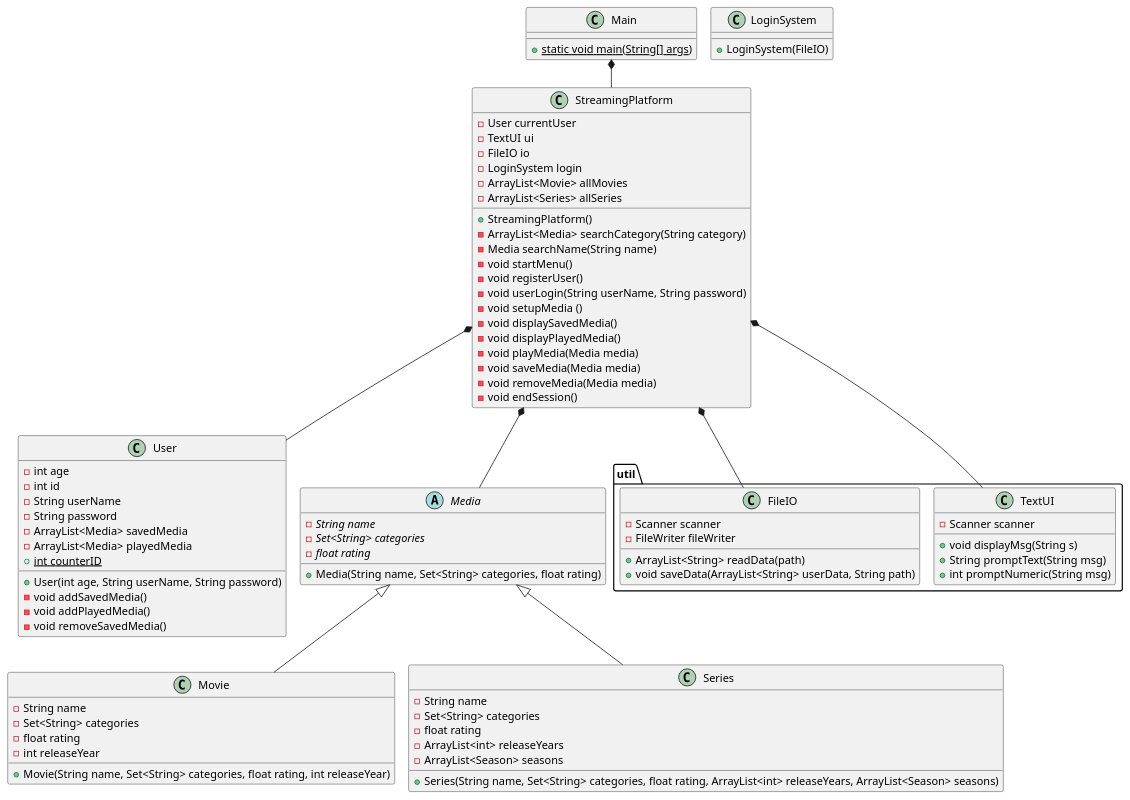
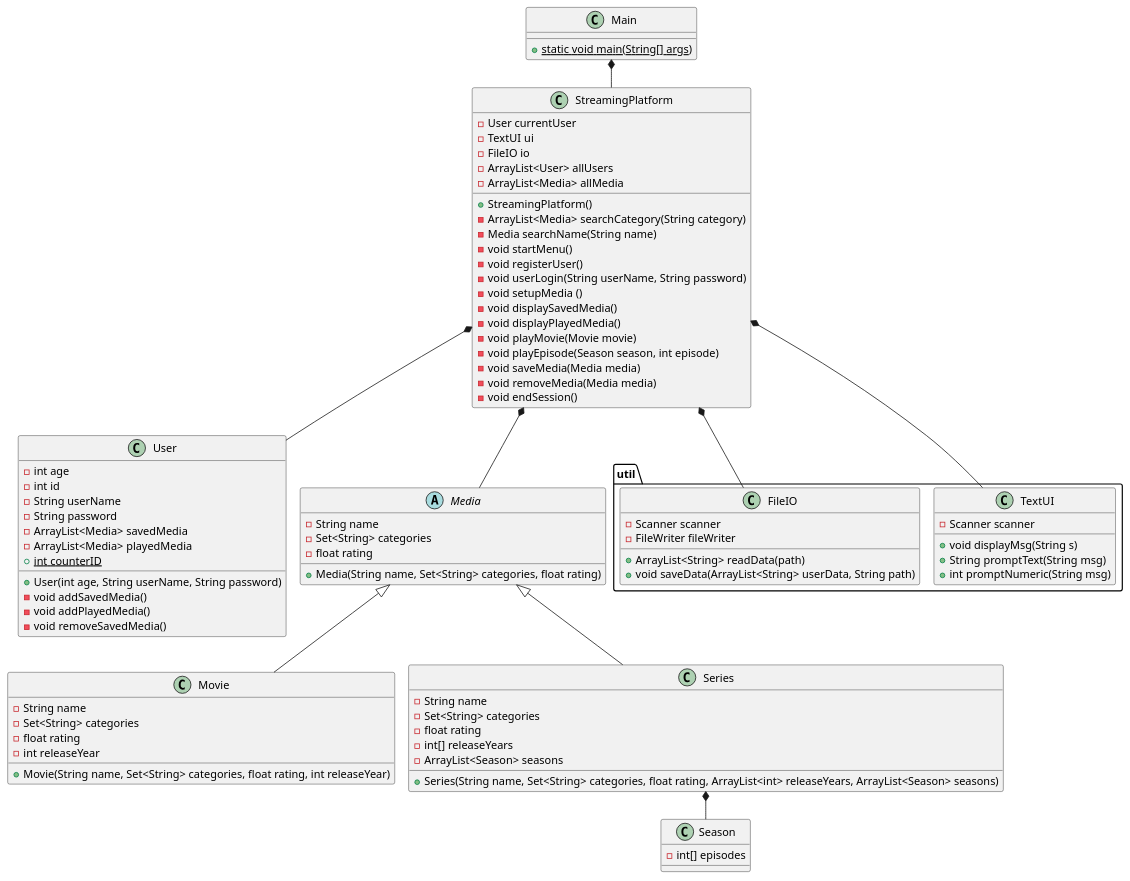
Before and after one commit to DavidK97/SP3: the diagram in doc/static/classdiagram.puml, drawn with PlantUML. The commit also changed 6 other files, not shown here.

```diff
--- a/doc/static/classdiagram.puml
+++ b/doc/static/classdiagram.puml
@@ -1,110 +1,107 @@
 @startuml
 'https://plantuml.com/sequence-diagram
 
 
 !pragma layout smetana
 
 class Main{
 + {static}static void main(String[] args)
 }
 
 class StreamingPlatform{
 'attributes
 - User currentUser
 - TextUI ui
 - FileIO io
-- LoginSystem login
-- ArrayList<Movie> allMovies
-- ArrayList<Series> allSeries
+- ArrayList<User> allUsers
+- ArrayList<Media> allMedia
 
 'methods
 + StreamingPlatform()
 - ArrayList<Media> searchCategory(String category)
 - Media searchName(String name)
 - void startMenu()
 - void registerUser()
 - void userLogin(String userName, String password)
 - void setupMedia ()
 - void displaySavedMedia()
 - void displayPlayedMedia()
-- void playMedia(Media media)
+- void playMovie(Movie movie)
+- void playEpisode(Season season, int episode)
 - void saveMedia(Media media)
 - void removeMedia(Media media)
 - void endSession()
 }
 
 class User {
  - int age
  - int id
  - String userName
  - String password
  - ArrayList<Media> savedMedia
  - ArrayList<Media> playedMedia
  + {static} int counterID
  + User(int age, String userName, String password)
  - void addSavedMedia()
  - void addPlayedMedia()
  - void removeSavedMedia()
 }
 
-
+abstract class Media{
+- String name
+- Set<String> categories
+- float rating
++ Media(String name, Set<String> categories, float rating)
+}
 
 class Movie {
 - String name
 - Set<String> categories
 - float rating
 - int releaseYear
 + Movie(String name, Set<String> categories, float rating, int releaseYear)
 }
 
 class Series {
 - String name
 - Set<String> categories
 - float rating
-- ArrayList<int> releaseYears
+- int[] releaseYears
 - ArrayList<Season> seasons
 + Series(String name, Set<String> categories, float rating, ArrayList<int> releaseYears, ArrayList<Season> seasons)
 }
 
-abstract class Media{
-- {abstract} String name
-- {abstract} Set<String> categories
-- {abstract} float rating
-+ Media(String name, Set<String> categories, float rating)
-}
-
-class LoginSystem{
-+ LoginSystem(FileIO)
+class Season{
+- int[] episodes
 }
 
 package "util" {
 class TextUI {
  - Scanner scanner
  + void displayMsg(String s)
  + String promptText(String msg)
  + int promptNumeric(String msg)
 }
 
 class FileIO{
  - Scanner scanner
  - FileWriter fileWriter
  + ArrayList<String> readData(path)
  + void saveData(ArrayList<String> userData, String path)
 }
 
 
 Main *-- StreamingPlatform
 StreamingPlatform *-- User
 StreamingPlatform *-- Media
 StreamingPlatform *-- TextUI
 StreamingPlatform *-- FileIO
+Series *-- Season
 
 Media <|-- Series
 Media <|-- Movie
-
-'StartMenu *-- Log
 
 
 
 
 @enduml
```
